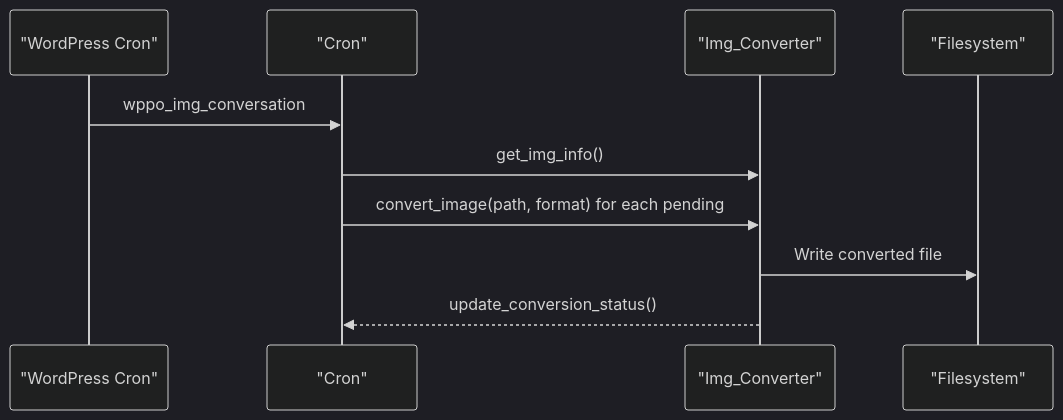
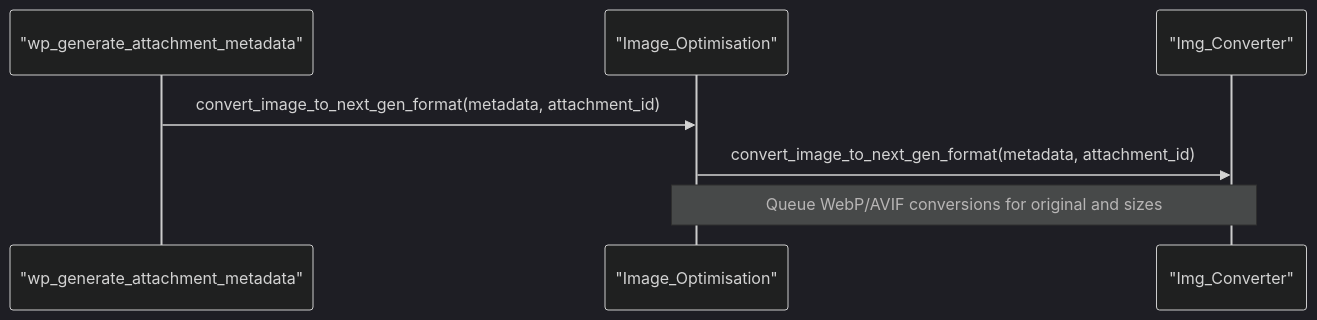
Before and after one commit to nilesh32236/performance-optimisation: the fourth of 5 diagrams in .qoder/repowiki/en/content/Image Optimization/Format Conversion.md, drawn with Mermaid (dark theme). The commit also changed other lines of this file and 46 other files, not shown here.

````diff
--- a/.qoder/repowiki/en/content/Image Optimization/Format Conversion.md
+++ b/.qoder/repowiki/en/content/Image Optimization/Format Conversion.md
@@ -212,12 +212,9 @@
 ```mermaid
 sequenceDiagram
-participant WP as "WordPress Cron"
-participant CRON as "Cron"
+participant Hook as "wp_generate_attachment_metadata"
+participant IO as "Image_Optimisation"
 participant IC as "Img_Converter"
-participant FS as "Filesystem"
-WP->>CRON : wppo_img_conversation
-CRON->>IC : get_img_info()
-CRON->>IC : convert_image(path, format) for each pending
-IC->>FS : Write converted file
-IC-->>CRON : update_conversion_status()
+Hook->>IO : convert_image_to_next_gen_format(metadata, attachment_id)
+IO->>IC : convert_image_to_next_gen_format(metadata, attachment_id)
+Note over IO,IC : Queue WebP/AVIF conversions for original and sizes
 ```
````
